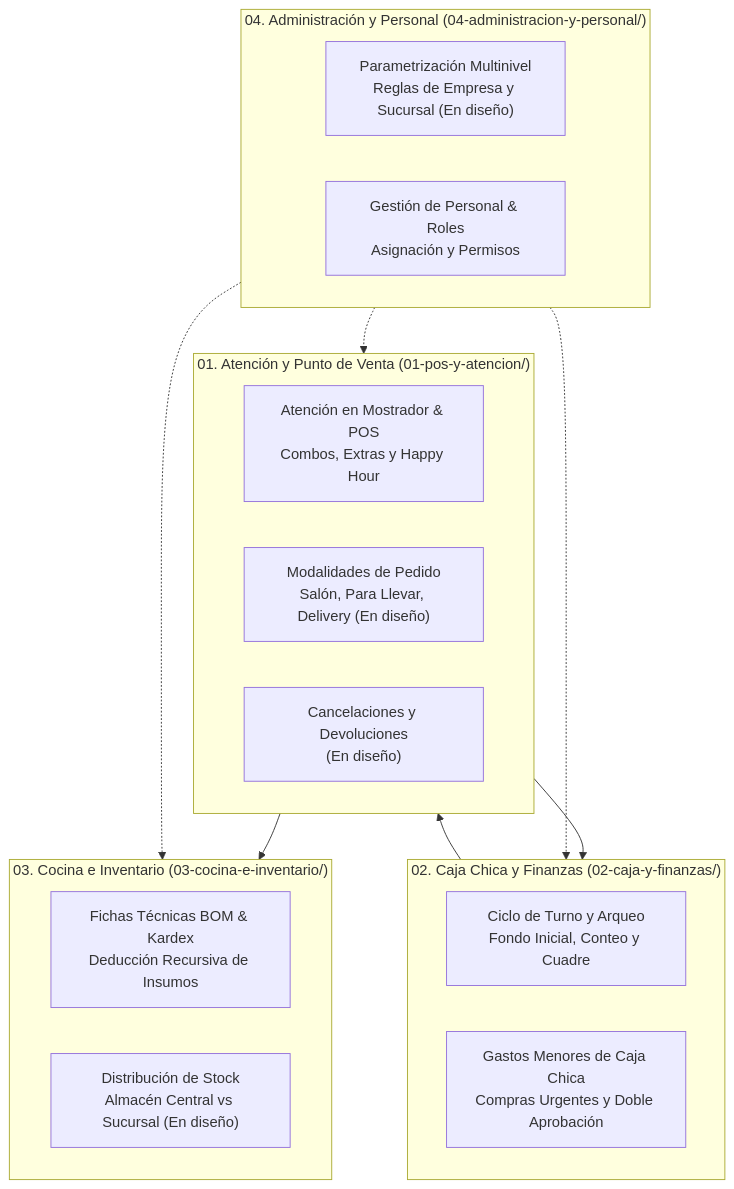
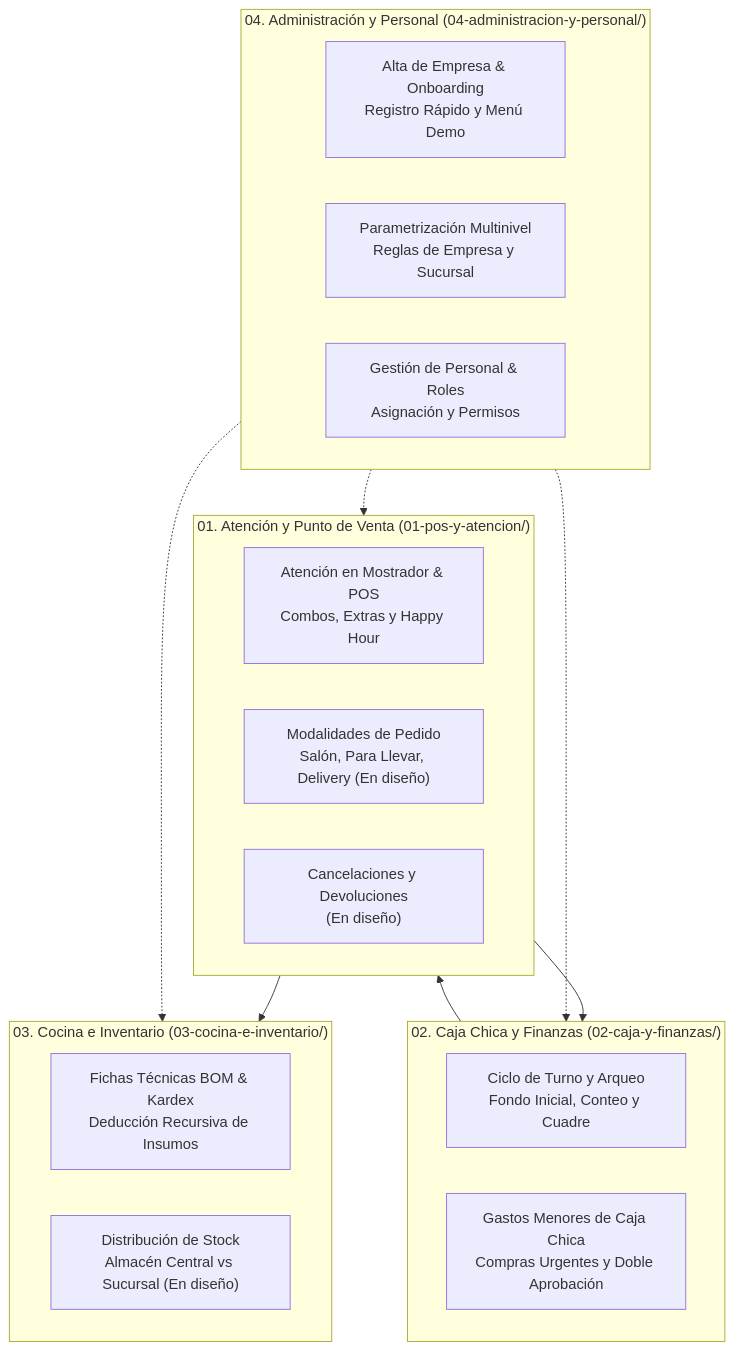
One commit to vakajose/gestion-restaurante changed the diagram in docs/business-processes/README.md. Above: the diagram before and after it, drawn with Mermaid. The commit also changed other lines of this file and 14 other files, not shown here.

Commit message:
docs(architecture): formalizar especificacion y diagramas de onboarding y alta de empresa (TASK-333)

````diff
--- a/docs/business-processes/README.md
+++ b/docs/business-processes/README.md
@@ -28,30 +28,31 @@
 ```mermaid
 flowchart TD
     subgraph SecPOS ["01. Atención y Punto de Venta (01-pos-y-atencion/)"]
         P_Atencion["Atención en Mostrador & POS<br/>Combos, Extras y Happy Hour"]
         P_Modalidades["Modalidades de Pedido<br/>Salón, Para Llevar, Delivery (En diseño)"]
         P_Cancelaciones["Cancelaciones y Devoluciones<br/>(En diseño)"]
     end
 
     subgraph SecCaja ["02. Caja Chica y Finanzas (02-caja-y-finanzas/)"]
         P_Turno["Ciclo de Turno y Arqueo<br/>Fondo Inicial, Conteo y Cuadre"]
         P_Gastos["Gastos Menores de Caja Chica<br/>Compras Urgentes y Doble Aprobación"]
     end
 
     subgraph SecCocina ["03. Cocina e Inventario (03-cocina-e-inventario/)"]
         P_Recetas["Fichas Técnicas BOM & Kardex<br/>Deducción Recursiva de Insumos"]
         P_Distribucion["Distribución de Stock<br/>Almacén Central vs Sucursal (En diseño)"]
     end
 
     subgraph SecAdmin ["04. Administración y Personal (04-administracion-y-personal/)"]
-        P_Parametros["Parametrización Multinivel<br/>Reglas de Empresa y Sucursal (En diseño)"]
+        P_Onboarding["Alta de Empresa & Onboarding<br/>Registro Rápido y Menú Demo"]
+        P_Parametros["Parametrización Multinivel<br/>Reglas de Empresa y Sucursal"]
         P_Personal["Gestión de Personal & Roles<br/>Asignación y Permisos"]
     end
 
     SecCaja --> SecPOS
     SecPOS --> SecCocina
     SecPOS --> SecCaja
     SecAdmin -.-> SecPOS
     SecAdmin -.-> SecCaja
     SecAdmin -.-> SecCocina
 ```
````
